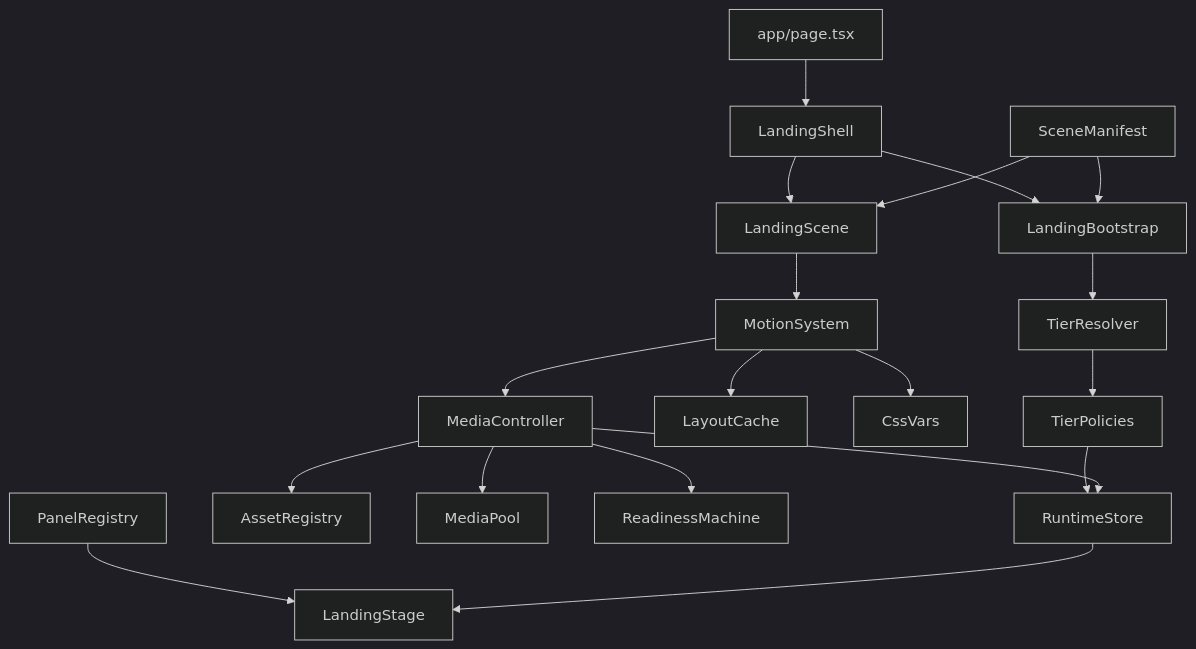
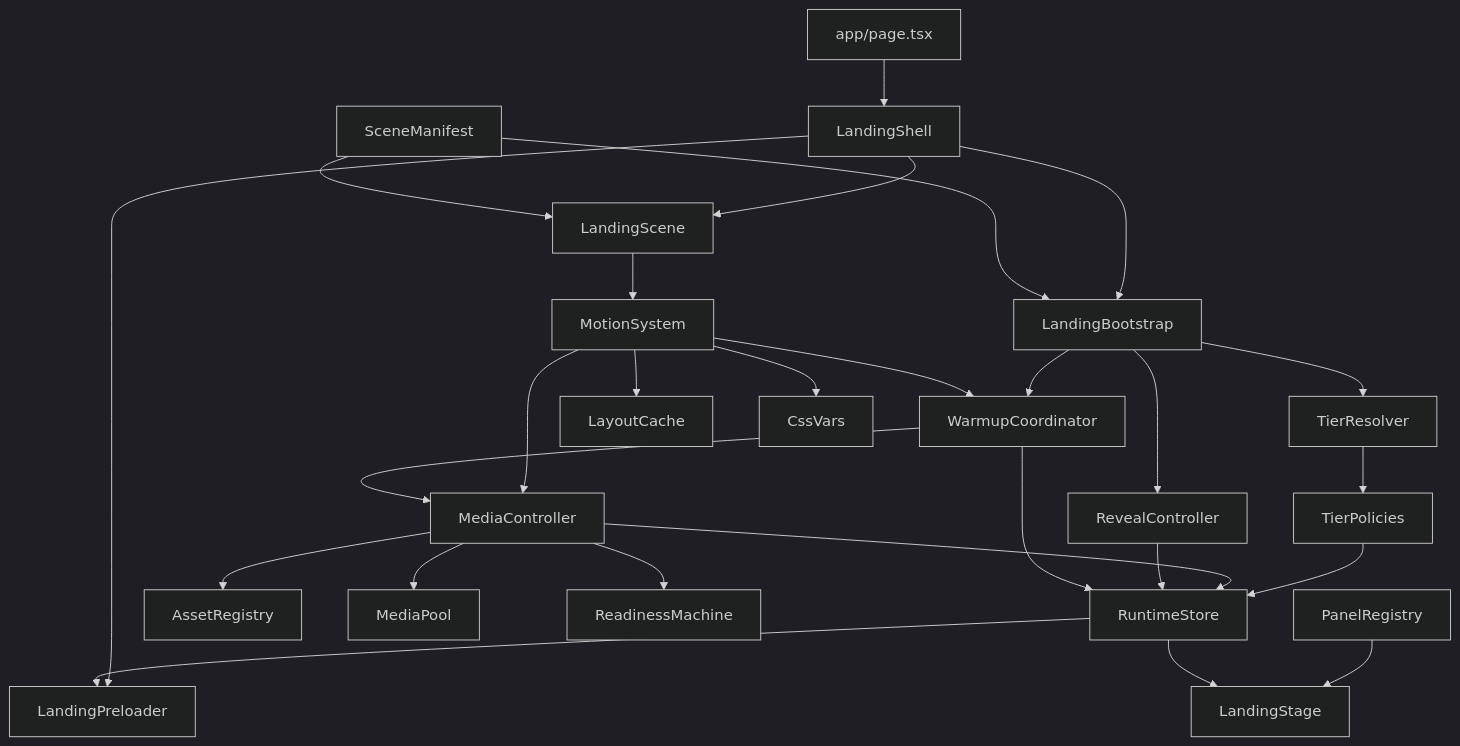
One commit to reqiii/wedding-landing changed the first of 3 diagrams in ARCHITECTURE_OVERVIEW.md. Above: the diagram before and after it, drawn with Mermaid (dark theme). The commit also changed other lines of this file and 13 other files, not shown here.

````diff
--- a/ARCHITECTURE_OVERVIEW.md
+++ b/ARCHITECTURE_OVERVIEW.md
@@ -95,21 +100,29 @@
 ```mermaid
 flowchart TD
   AppPage["app/page.tsx"] --> LandingShell
   LandingShell --> LandingBootstrap
+  LandingShell --> LandingPreloader
   LandingBootstrap --> TierResolver
   TierResolver --> TierPolicies
+  LandingBootstrap --> RevealController
+  LandingBootstrap --> WarmupCoordinator
   TierPolicies --> RuntimeStore
   LandingShell --> LandingScene
   LandingScene --> MotionSystem
   MotionSystem --> LayoutCache
   MotionSystem --> CssVars
   MotionSystem --> MediaController
+  MotionSystem --> WarmupCoordinator
   MediaController --> AssetRegistry
   MediaController --> MediaPool
   MediaController --> ReadinessMachine
   MediaController --> RuntimeStore
+  RevealController --> RuntimeStore
+  WarmupCoordinator --> MediaController
+  WarmupCoordinator --> RuntimeStore
   SceneManifest --> LandingBootstrap
   SceneManifest --> LandingScene
   PanelRegistry --> LandingStage
   RuntimeStore --> LandingStage
+  RuntimeStore --> LandingPreloader
 ```
````
